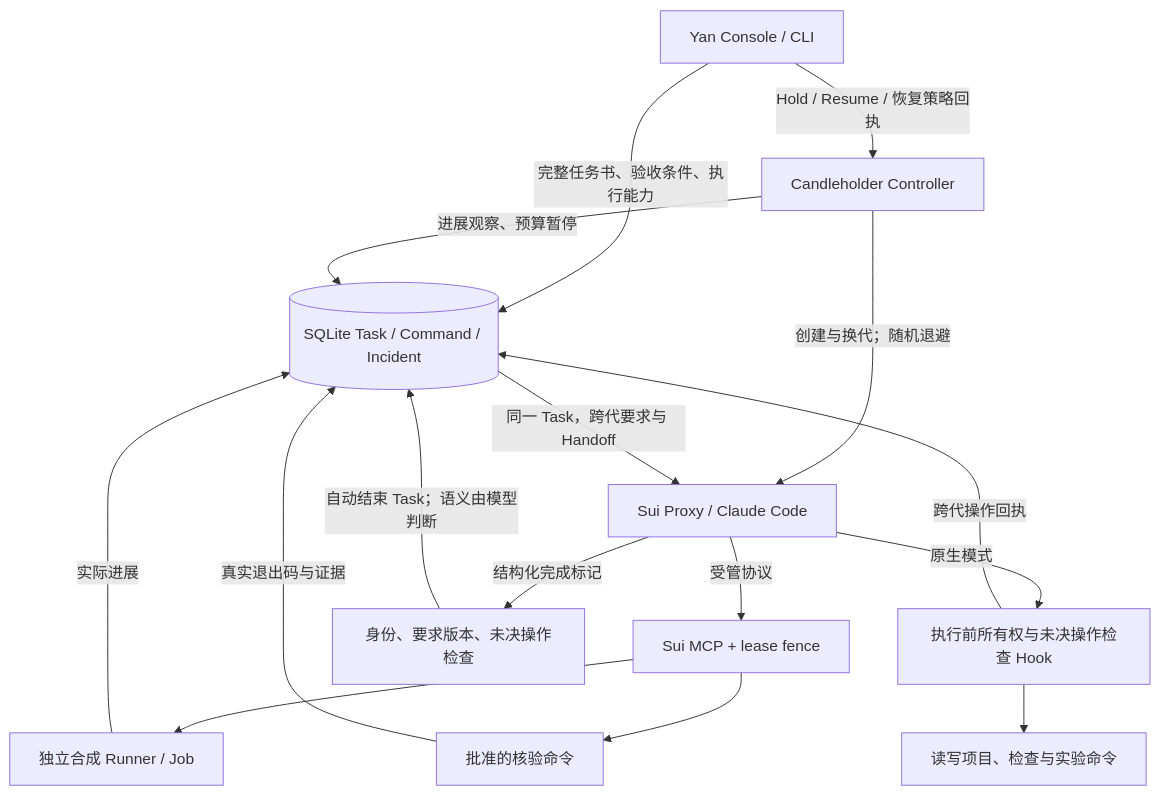
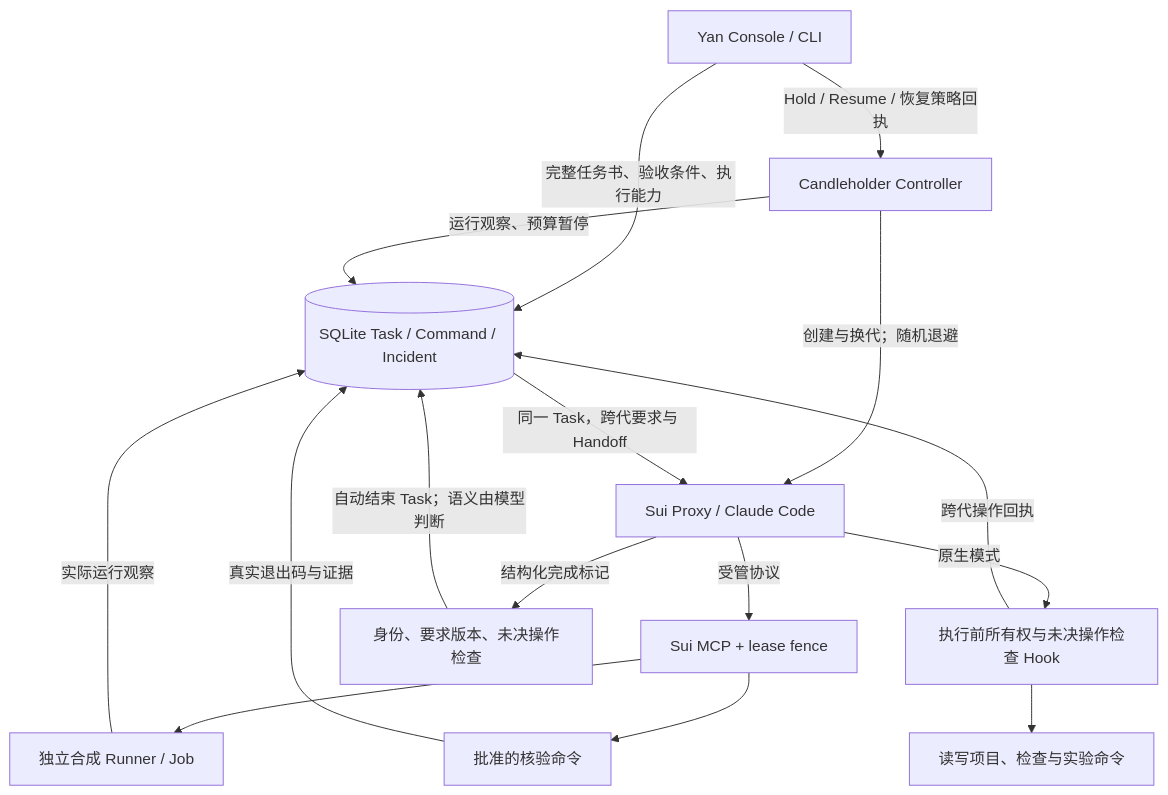
Before and after one commit to RabbitEG/sui_regulator: the second of 3 diagrams in docs/ARCHITECTURE.md, drawn with Mermaid. The commit also changed other lines of this file and 59 other files, not shown here.

````diff
--- a/docs/ARCHITECTURE.md
+++ b/docs/ARCHITECTURE.md
@@ -85,18 +85,18 @@
 ```mermaid
 flowchart TD
   Yan[Yan Console / CLI] -->|完整任务书、验收条件、执行能力| Ledger[(SQLite Task / Command / Incident)]
   Yan -->|Hold / Resume / 恢复策略回执| Controller[Candleholder Controller]
   Controller -->|创建与换代；随机退避| Proxy[Sui Proxy / Claude Code]
   Ledger -->|同一 Task，跨代要求与 Handoff| Proxy
   Proxy -->|受管协议| MCP[Sui MCP + lease fence]
   Proxy -->|原生模式| Hooks[执行前所有权与未决操作检查 Hook]
   Hooks --> Project[读写项目、检查与实验命令]
   MCP --> Runner[独立合成 Runner / Job]
   MCP --> Checks[批准的核验命令]
-  Runner -->|实际进展| Ledger
+  Runner -->|实际运行观察| Ledger
   Checks -->|真实退出码与证据| Ledger
   Hooks -->|跨代操作回执| Ledger
   Proxy -->|结构化完成标记| Completion[身份、要求版本、未决操作检查]
   Completion -->|自动结束 Task；语义由模型判断| Ledger
-  Controller -->|进展观察、预算暂停| Ledger
+  Controller -->|运行观察、预算暂停| Ledger
 ```
````
